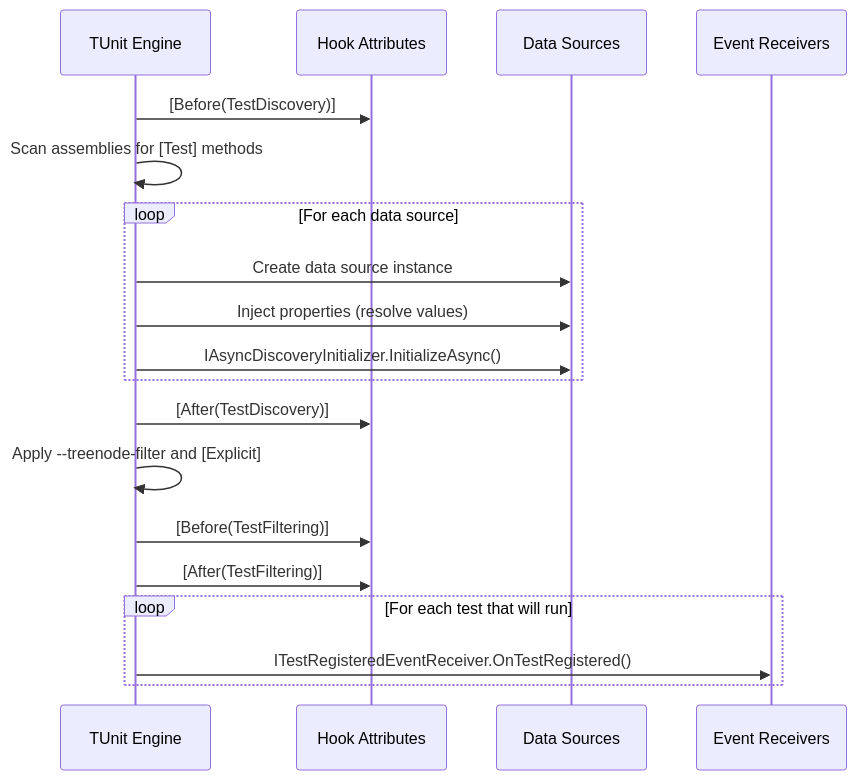
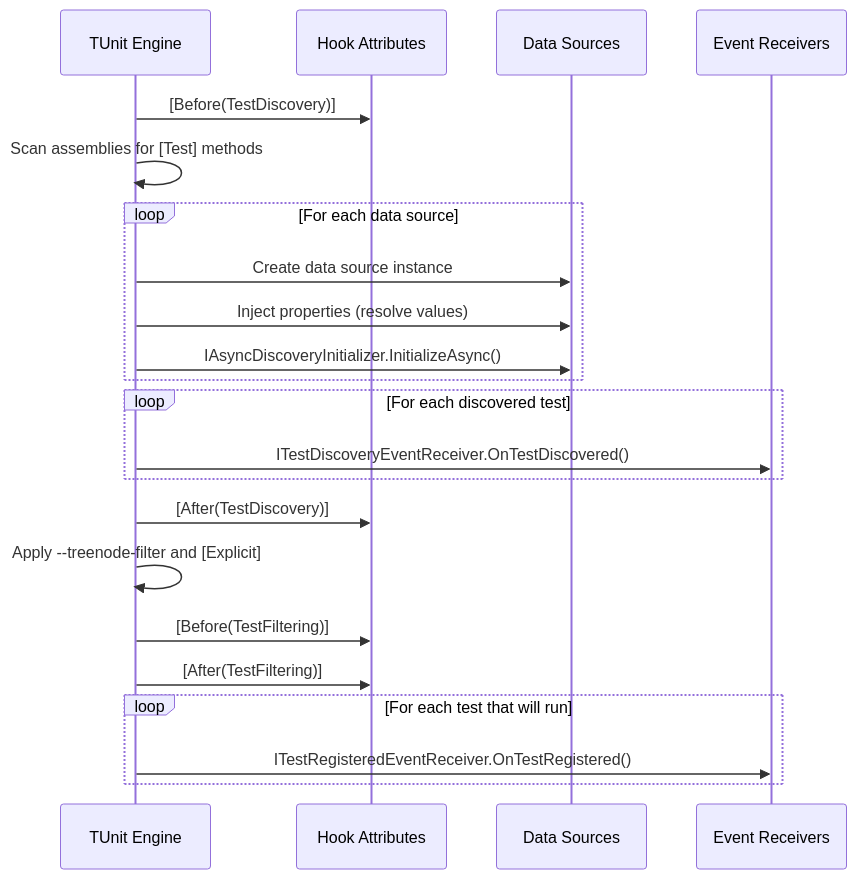
Before and after one commit to thomhurst/TUnit: the fourth of 10 diagrams in docs/docs/writing-tests/lifecycle.md, drawn with Mermaid. The commit also changed other lines of this file and 19 other files, not shown here.

First line of the commit message:
fix: run discovery receivers before After(TestDiscovery) hooks and keep overloaded hooks

````diff
--- a/docs/docs/writing-tests/lifecycle.md
+++ b/docs/docs/writing-tests/lifecycle.md
@@ -67,25 +67,29 @@
 ```mermaid
 sequenceDiagram
     participant Engine as TUnit Engine
     participant Hooks as Hook Attributes
     participant Data as Data Sources
     participant Events as Event Receivers
 
     Engine->>Hooks: [Before(TestDiscovery)]
     Engine->>Engine: Scan assemblies for [Test] methods
 
     loop For each data source
         Engine->>Data: Create data source instance
         Engine->>Data: Inject properties (resolve values)
         Engine->>Data: IAsyncDiscoveryInitializer.InitializeAsync()
     end
 
+    loop For each discovered test
+        Engine->>Events: ITestDiscoveryEventReceiver.OnTestDiscovered()
+    end
+
     Engine->>Hooks: [After(TestDiscovery)]
     Engine->>Engine: Apply --treenode-filter and [Explicit]
     Engine->>Hooks: [Before(TestFiltering)]
     Engine->>Hooks: [After(TestFiltering)]
 
     loop For each test that will run
         Engine->>Events: ITestRegisteredEventReceiver.OnTestRegistered()
     end
 ```
````
